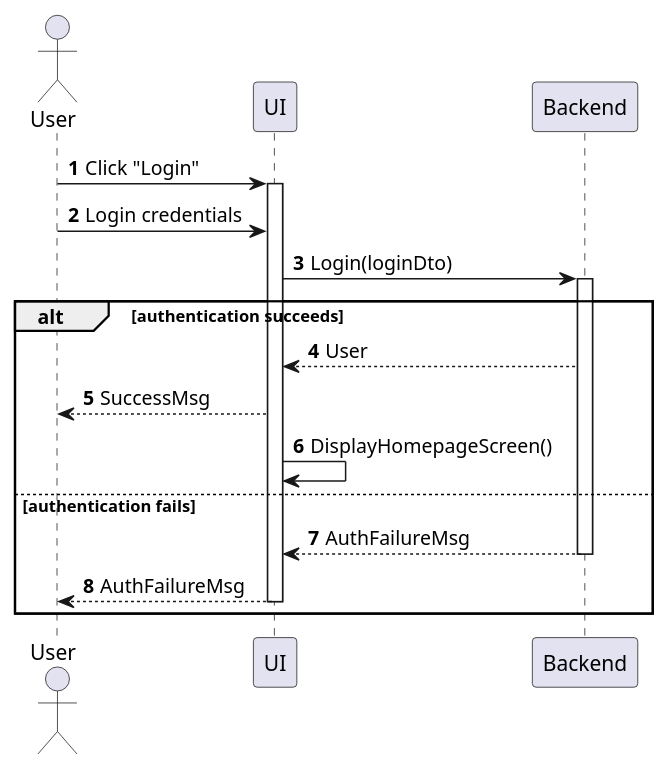
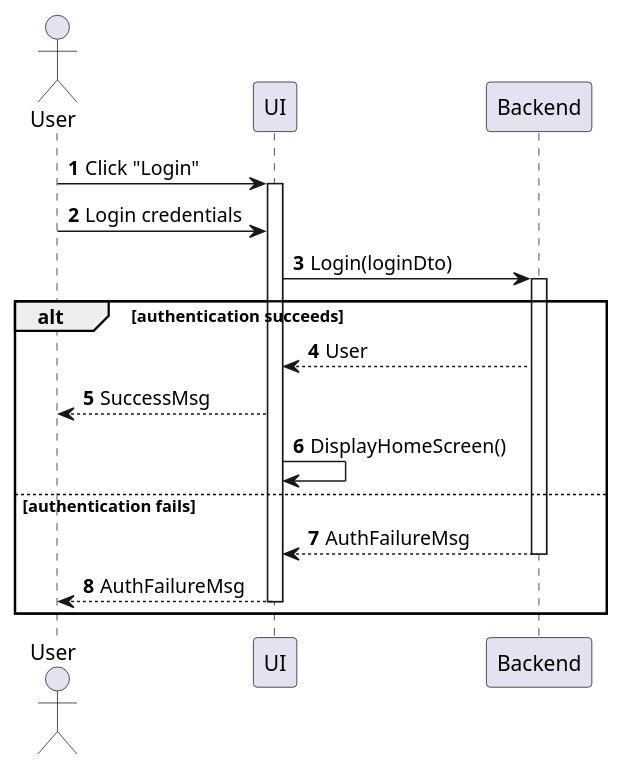
One commit to phihungha/SE357-Practice-class changed the diagram in Lab1/Lab1.2/sequences/my-account-login.plantuml. Above: the diagram before and after it, drawn with PlantUML. The commit also changed 17 other files, not shown here.

Commit message:
Finalize sequence diagram

```diff
--- a/Lab1/Lab1.2/sequences/my-account-login.plantuml
+++ b/Lab1/Lab1.2/sequences/my-account-login.plantuml
@@ -1,23 +1,23 @@
 @startuml my-account-login
 autonumber
 
 actor "User" as a
 participant UI as f
 participant Backend as b
 
 a -> f : Click "Login"
 activate f
 a -> f : Login credentials
 f -> b : Login(loginDto)
 activate b
 
 alt authentication succeeds
     b --> f : User
     f --> a : SuccessMsg
-    f -> f : DisplayHomepageScreen()
+    f -> f : DisplayHomeScreen()
 else authentication fails
     return AuthFailureMsg
     f --> a : AuthFailureMsg
     deactivate f
 end
 @enduml
```
